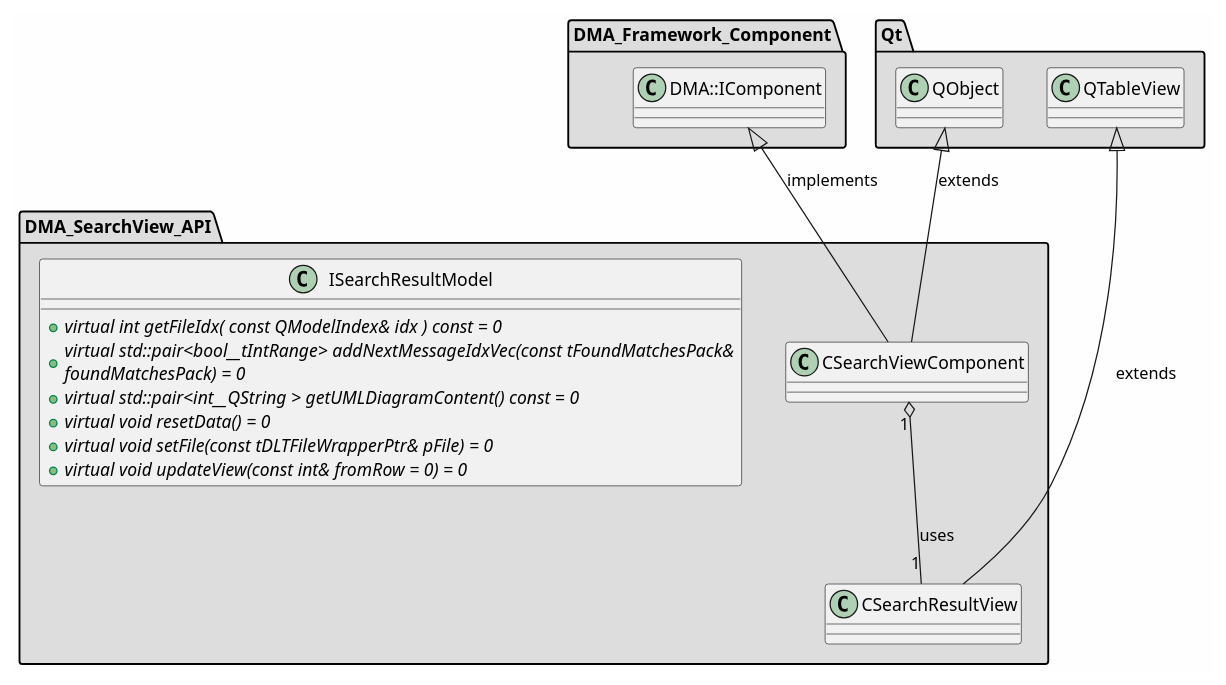
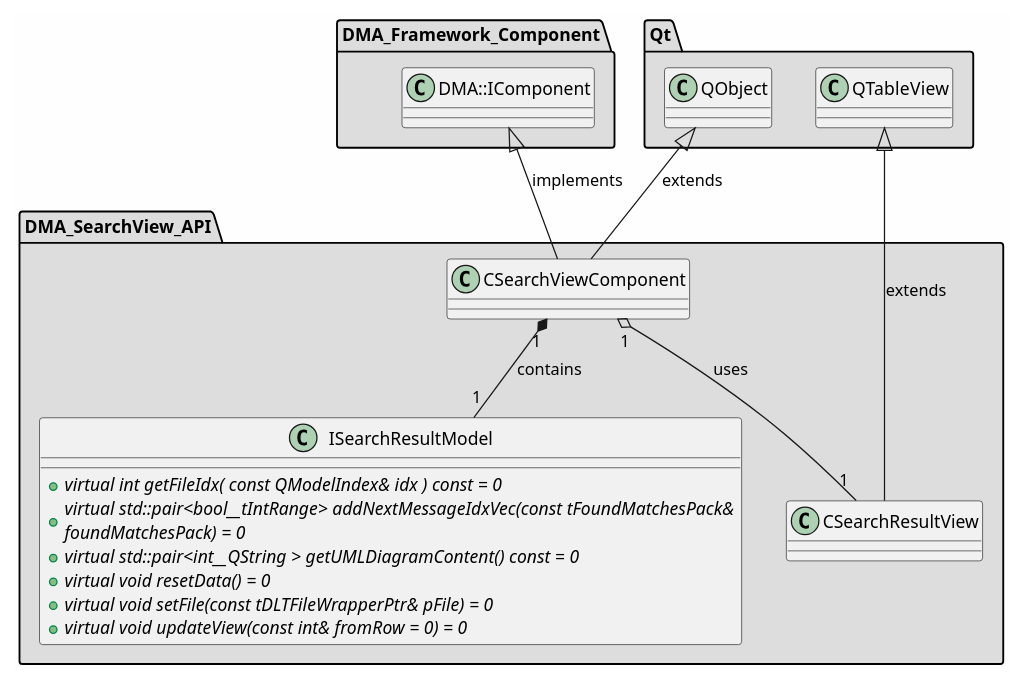
Before and after one commit to svlad-90/DLT-Message-Analyzer: the diagram in md/dev_docs/puml/DMA_SearchView_API_standalone.puml, drawn with PlantUML. The commit also changed 49 other files, not shown here.

First line of the commit message:
[ISSUE #111][COMPONENTS] Introduce components architecture in the project

```diff
--- a/md/dev_docs/puml/DMA_SearchView_API_standalone.puml
+++ b/md/dev_docs/puml/DMA_SearchView_API_standalone.puml
@@ -2,58 +2,59 @@
 @startuml
 
 skinparam backgroundColor #FEFEFE
 skinparam wrapWidth 600
 package "DMA_Framework_Component" #DDDDDD
 {
 
 class "DMA::IComponent"
 {
 }
 
 }
 
 package "DMA_SearchView_API" #DDDDDD
 {
 
 class "CSearchResultView"
 {
 }
 
 class "CSearchViewComponent"
 {
 }
 
 class "ISearchResultModel"
 {
     + {abstract} virtual int getFileIdx( const QModelIndex& idx ) const = 0
     + {abstract} virtual std::pair<bool__tIntRange> addNextMessageIdxVec(const tFoundMatchesPack& foundMatchesPack) = 0
     + {abstract} virtual std::pair<int__QString > getUMLDiagramContent() const = 0
     + {abstract} virtual void resetData() = 0
     + {abstract} virtual void setFile(const tDLTFileWrapperPtr& pFile) = 0
     + {abstract} virtual void updateView(const int& fromRow = 0) = 0
 }
 
 }
 
 package "Qt" #DDDDDD
 {
 
 class "QObject"
 {
 }
 
 class "QTableView"
 {
 }
 
 }
 
 '====================Inheritance section====================
 QTableView <|-- CSearchResultView : extends
 DMA::IComponent <|-- CSearchViewComponent : implements
 QObject <|-- CSearchViewComponent : extends
 
 '====================Dependencies section====================
 CSearchViewComponent "1" o-- "1" CSearchResultView : uses
+CSearchViewComponent "1" *-- "1" ISearchResultModel : contains
 
 @enduml
```
